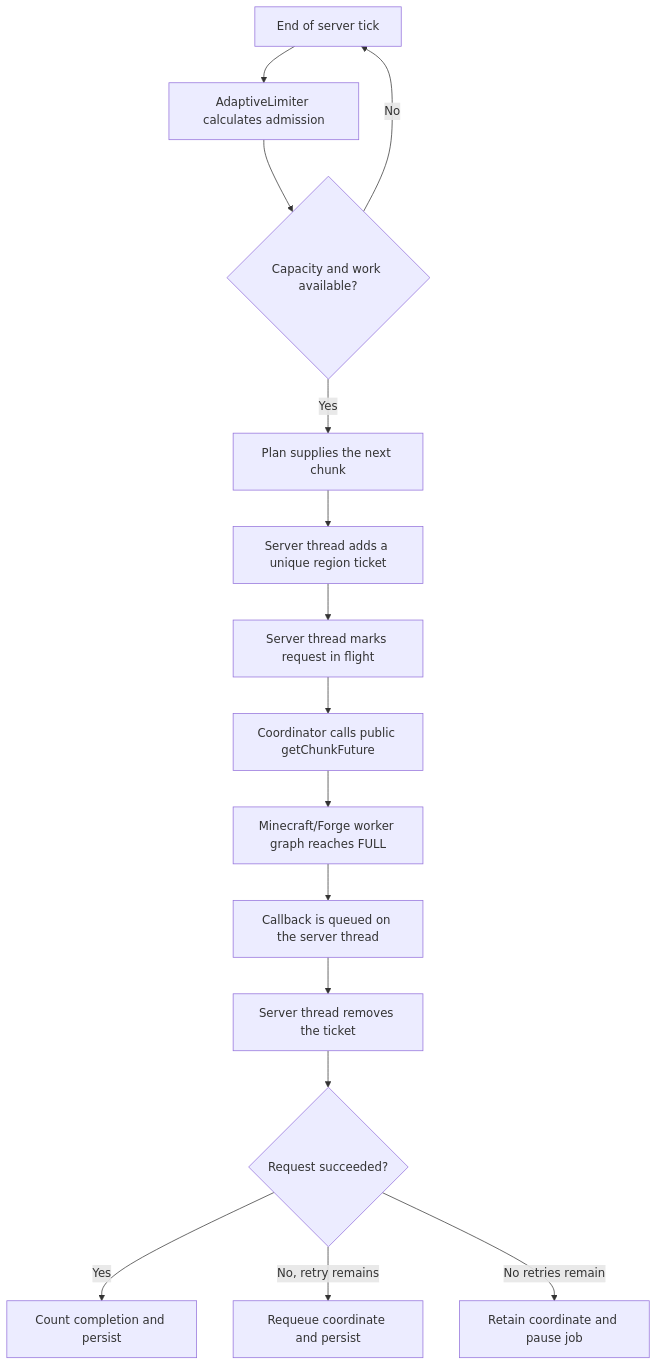
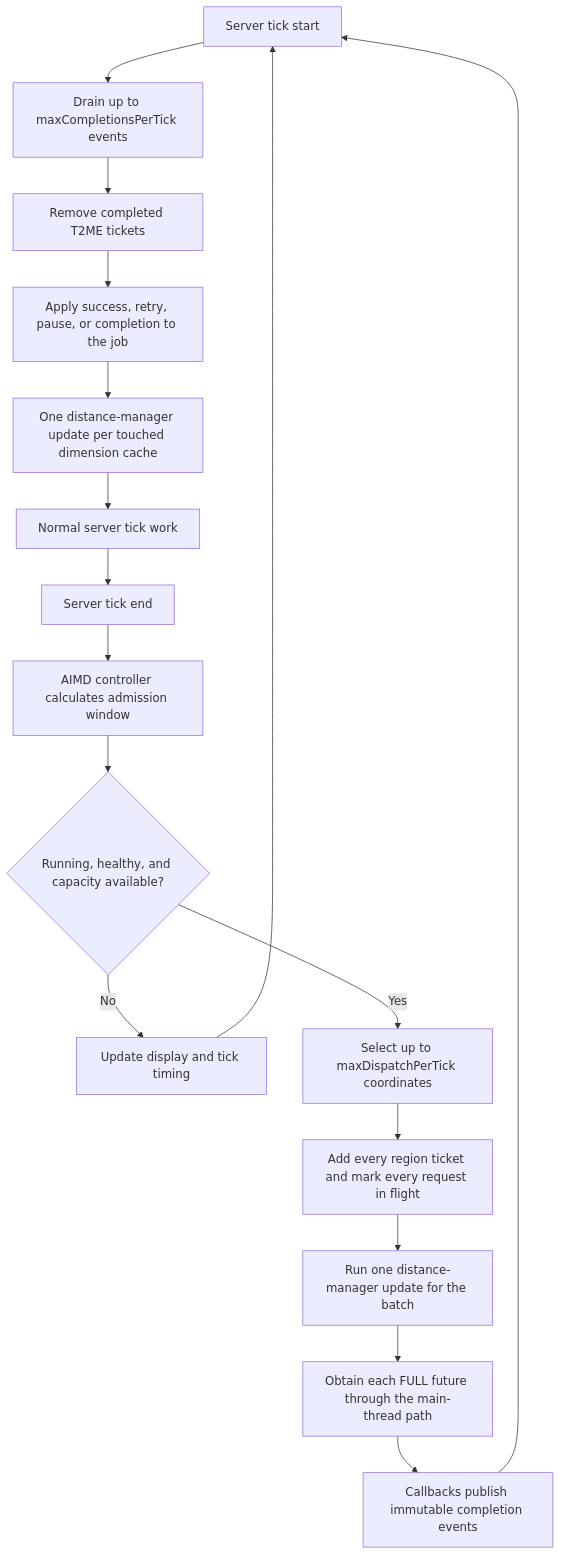
One commit to MimoAlexer/T2ME changed the first of 2 diagrams in docs/ARCHITECTURE.md. Above: the diagram before and after it, drawn with Mermaid. The commit also changed other lines of this file and 33 other files, not shown here.

````diff
--- a/docs/ARCHITECTURE.md
+++ b/docs/ARCHITECTURE.md
@@ -39,17 +56,19 @@
 ```mermaid
 flowchart TD
-    A["End of server tick"] --> B["AdaptiveLimiter calculates admission"]
-    B --> C{"Capacity and work available?"}
-    C -- "No" --> A
-    C -- "Yes" --> D["Plan supplies the next chunk"]
-    D --> E["Server thread adds a unique region ticket"]
-    E --> F["Server thread marks request in flight"]
-    F --> G["Coordinator calls public getChunkFuture"]
-    G --> H["Minecraft/Forge worker graph reaches FULL"]
-    H --> I["Callback is queued on the server thread"]
-    I --> J["Server thread removes the ticket"]
-    J --> K{"Request succeeded?"}
-    K -- "Yes" --> L["Count completion and persist"]
-    K -- "No, retry remains" --> M["Requeue coordinate and persist"]
-    K -- "No retries remain" --> N["Retain coordinate and pause job"]
+    A["Server tick start"] --> B["Drain up to maxCompletionsPerTick events"]
+    B --> C["Remove completed T2ME tickets"]
+    C --> D["Apply success, retry, pause, or completion to the job"]
+    D --> E["One distance-manager update per touched dimension cache"]
+    E --> F["Normal server tick work"]
+    F --> G["Server tick end"]
+    G --> H["AIMD controller calculates admission window"]
+    H --> I{"Running, healthy, and capacity available?"}
+    I -- "No" --> N["Update display and tick timing"]
+    I -- "Yes" --> J["Select up to maxDispatchPerTick coordinates"]
+    J --> K["Add every region ticket and mark every request in flight"]
+    K --> L["Run one distance-manager update for the batch"]
+    L --> M["Obtain each FULL future through the main-thread path"]
+    M --> O["Callbacks publish immutable completion events"]
+    O --> A
+    N --> A
 ```
````
